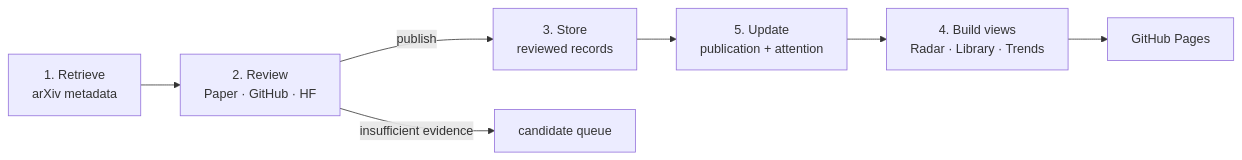
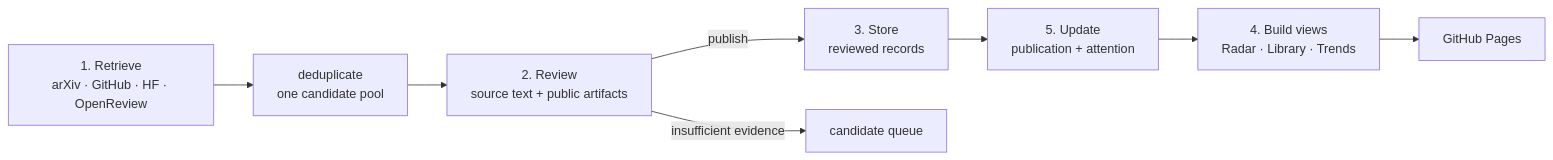
The diagram in docs/ARCHITECTURE.md (Claire1217/benchmark-radar), drawn with Mermaid before and after one commit. The commit also changed other lines of this file and 6 other files, not shown here.

````diff
--- a/docs/ARCHITECTURE.md
+++ b/docs/ARCHITECTURE.md
@@ -9,9 +9,10 @@
 ```mermaid
 flowchart LR
-  A["1. Retrieve<br>arXiv metadata"] --> B["2. Review<br>Paper · GitHub · HF"]
+  A["1. Retrieve<br>arXiv · GitHub · HF · OpenReview"] --> X["deduplicate<br>one candidate pool"]
+  X --> B["2. Review<br>source text + public artifacts"]
   B -->|"publish"| C["3. Store<br>reviewed records"]
   B -->|"insufficient evidence"| Q["candidate queue"]
   C --> U["5. Update<br>publication + attention"]
   U --> D["4. Build views<br>Radar · Library · Trends"]
   D --> P["GitHub Pages"]
 ```
````
